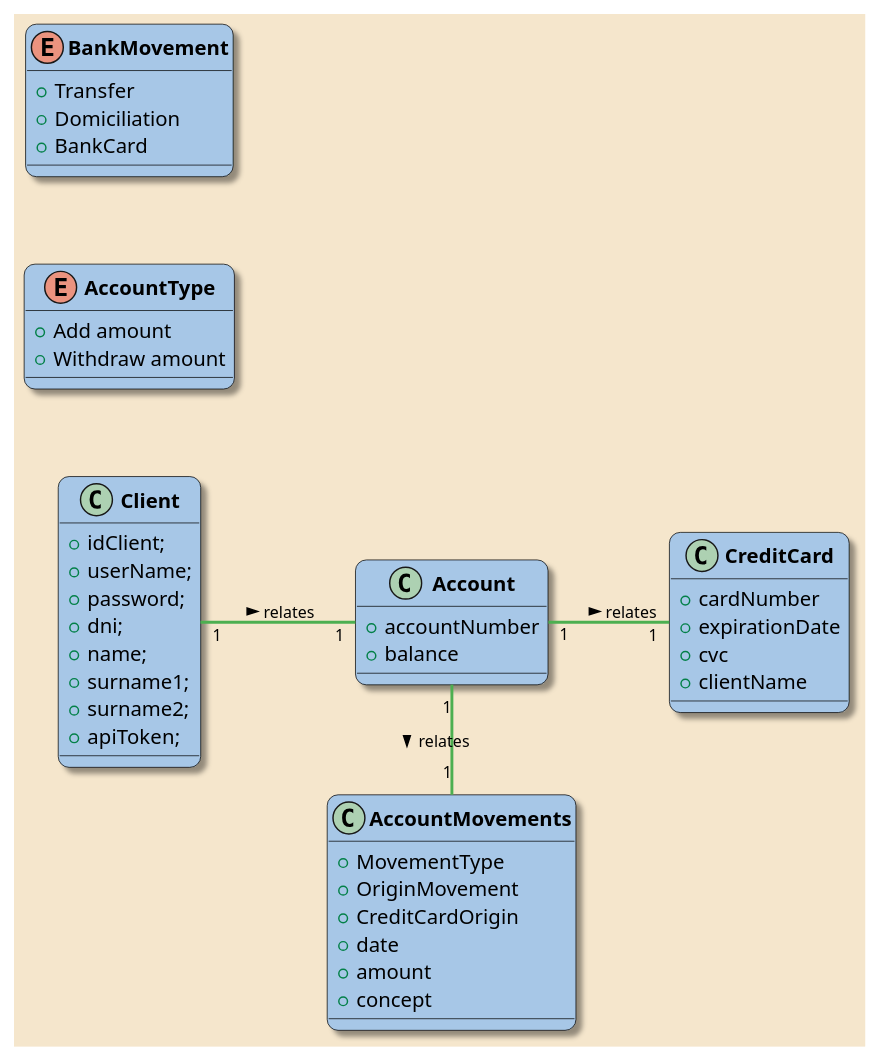
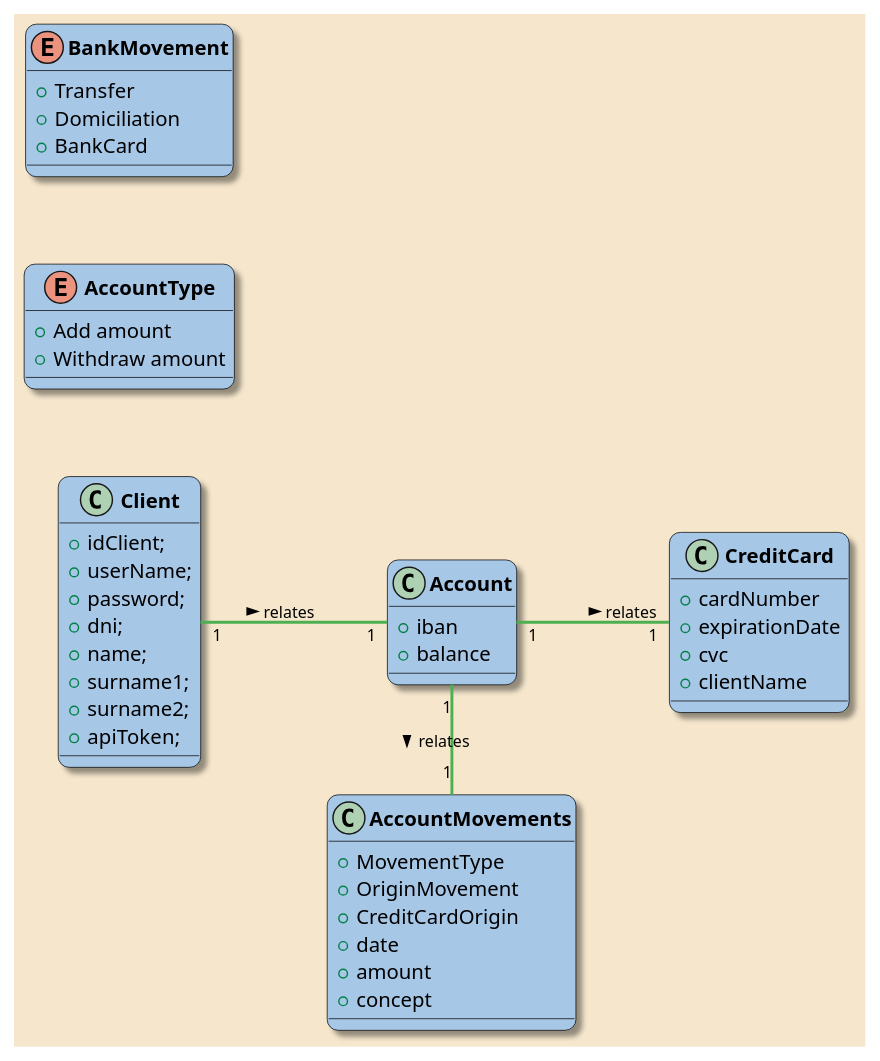
Before and after one commit to retoquesexpress/banco-back: the diagram in src/public/bancoBack.puml, drawn with PlantUML. The commit also changed 41 other files, not shown here.

```diff
--- a/src/public/bancoBack.puml
+++ b/src/public/bancoBack.puml
@@ -1,71 +1,71 @@
 @startuml
 
 'Direccion of the diagram'
 left to right direction
 'Used style'
 skinparam backgroundColor #F5E6CC
 'Classes'
 skinparam classBackgroundColor #A7C7E7
 skinparam classBorderColor #000000
 skinparam shadowing true
 skinparam roundcorner 15
 'Titles'
 skinparam classFontColor #000000
 skinparam classFontStyle bold
 'Relationships'
 skinparam classArrowColor #4CAF50
 skinparam classArrowThickness 2
 skinparam classArrowFontColor black
 skinparam classArrowFontSize 11
 skinparam nodesep 60
 skinparam ranksep 10
 
 class Account {
-    +accountNumber
+    +iban
     +balance
 
 }
 
 class Client {
     +idClient;
     +userName;
     +password;
     +dni;
     +name;
     +surname1;
     +surname2;
     +apiToken;
 }
 
 class CreditCard {
     +cardNumber
     +expirationDate
     +cvc
     +clientName
 }
 
 class AccountMovements {
     +MovementType
     +OriginMovement
     +CreditCardOrigin
     +date
     +amount
     +concept
 }
 enum AccountType {
     +Add amount
     +Withdraw amount
 }
 
 enum BankMovement {
     +Transfer
     +Domiciliation
     +BankCard
 }
 
 Client "1" -- "1" Account : relates >
 Account "1" -- "1" CreditCard : relates >
 Account "1" - "1" AccountMovements : relates >
 
 
 @enduml
```
